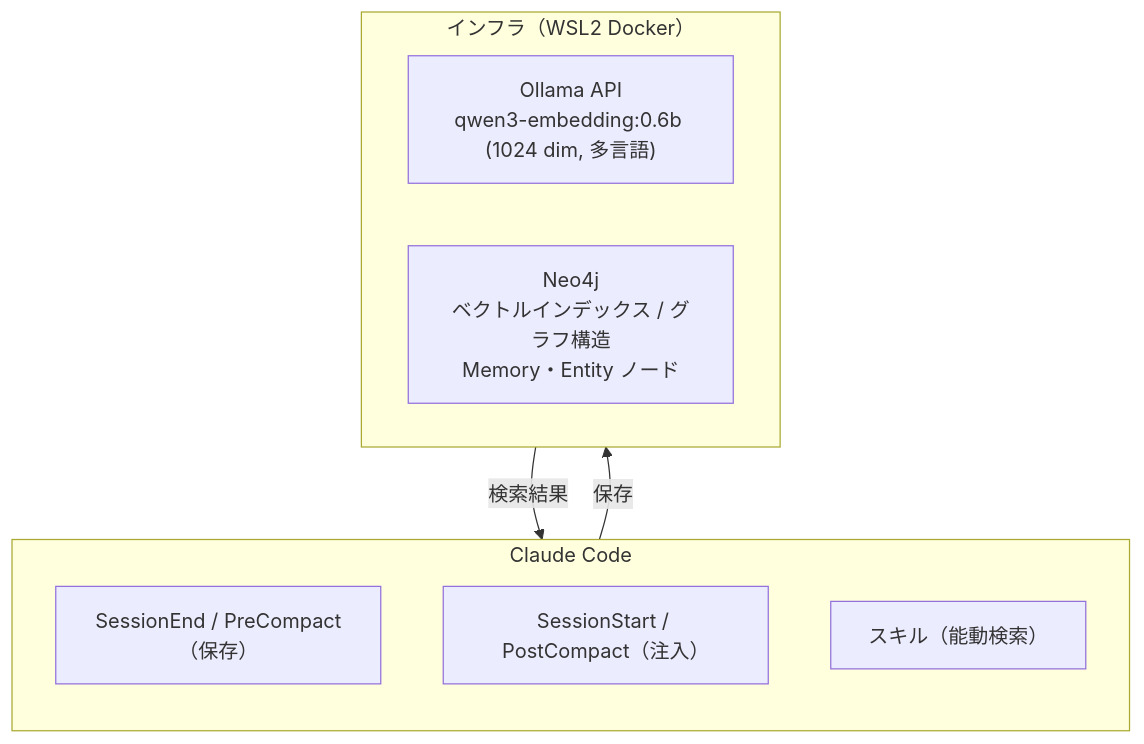
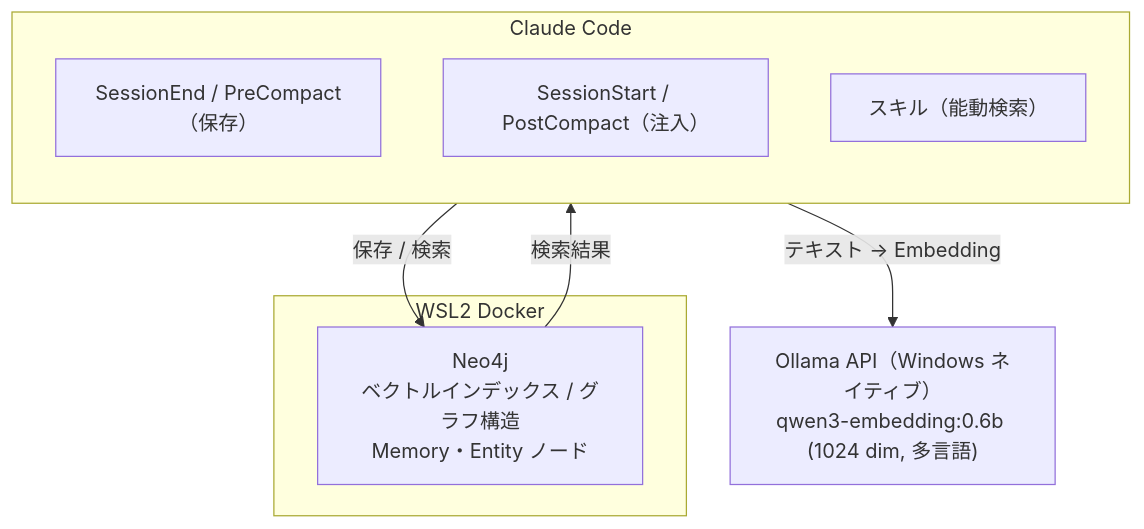
The diagram in long-memory/docs/overview.md (s-ono-123456/claude-sample), drawn with Mermaid before and after one commit. The commit also changed 5 other files, not shown here.

````diff
--- a/long-memory/docs/overview.md
+++ b/long-memory/docs/overview.md
@@ -37,18 +37,19 @@
 ```mermaid
 flowchart TB
     subgraph CC["Claude Code"]
         direction TB
         H1["SessionEnd / PreCompact（保存）"]
         H2["SessionStart / PostCompact（注入）"]
         H3["スキル（能動検索）"]
     end
 
-    subgraph Infra["インフラ（WSL2 Docker）"]
-        direction LR
-        Ollama["Ollama API\nqwen3-embedding:0.6b (1024 dim, 多言語)"]
+    Ollama["Ollama API（Windows ネイティブ）\nqwen3-embedding:0.6b (1024 dim, 多言語)"]
+
+    subgraph Docker["WSL2 Docker"]
         Neo4j["Neo4j\nベクトルインデックス / グラフ構造\nMemory・Entity ノード"]
     end
 
-    CC -->|"保存"| Infra
-    Infra -->|"検索結果"| CC
+    CC -->|"テキスト → Embedding"| Ollama
+    CC -->|"保存 / 検索"| Neo4j
+    Neo4j -->|"検索結果"| CC
 ```
````
